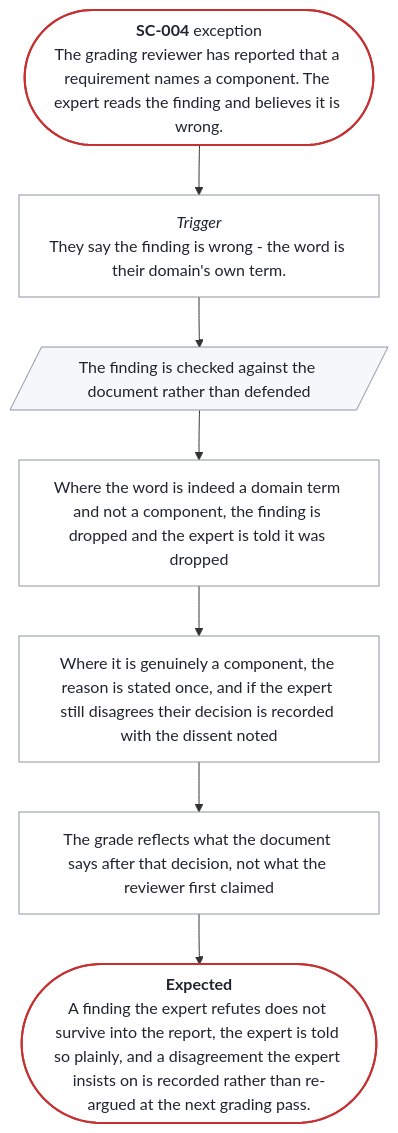
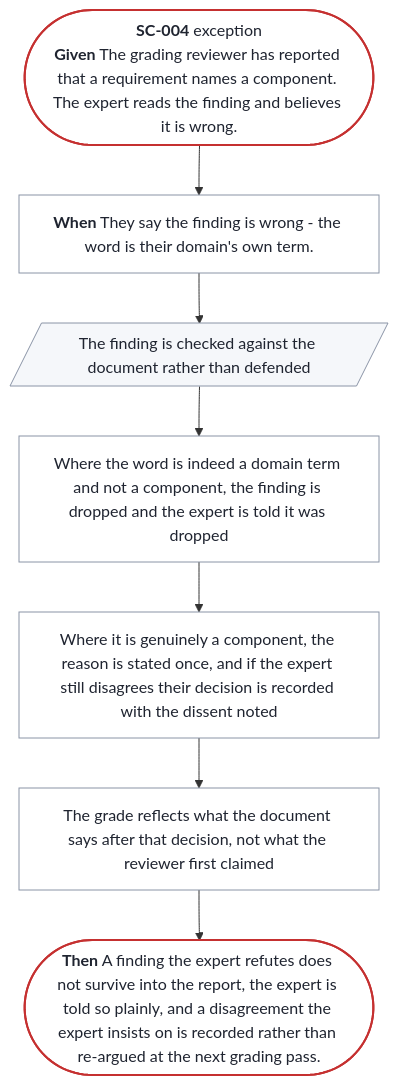
One commit to SpillwaveSolutions/prd-forge changed the diagram in docs/prd/prd-forge/diagrams/SC-004.mmd. Above: the diagram before and after it, drawn with Mermaid. The commit also changed 40 other files, not shown here.

```diff
--- a/docs/prd/prd-forge/diagrams/SC-004.mmd
+++ b/docs/prd/prd-forge/diagrams/SC-004.mmd
@@ -1,20 +1,20 @@
 %% Generated by prd-diagrams.mjs from the scenario front matter. Do not edit.
 %%{init: {"flowchart": {"wrappingWidth": 300}}}%%
 flowchart TB
-  start(["<b>SC-004</b> exception<br/>The grading reviewer has reported that a requirement names a component. The expert reads the finding and believes it is wrong."])
-  trigger["<i>Trigger</i><br/>They say the finding is wrong - the word is their domain's own term."]
+  start(["<b>SC-004</b> exception<br/><b>Given</b> The grading reviewer has reported that a requirement names a component. The expert reads the finding and believes it is wrong."])
+  trigger["<b>When</b> They say the finding is wrong - the word is their domain's own term."]
   s0[/"The finding is checked against the document rather than defended"/]
   s1["Where the word is indeed a domain term and not a component, the finding is dropped and the expert is told it was dropped"]
   s2["Where it is genuinely a component, the reason is stated once, and if the expert still disagrees their decision is recorded with the dissent noted"]
   s3["The grade reflects what the document says after that decision, not what the reviewer first claimed"]
-  done(["<b>Expected</b><br/>A finding the expert refutes does not survive into the report, the expert is told so plainly, and a disagreement the expert insists on is recorded rather than re-argued at the next grading pass."])
+  done(["<b>Then</b> A finding the expert refutes does not survive into the report, the expert is told so plainly, and a disagreement the expert insists on is recorded rather than re-argued at the next grading pass."])
   start --> trigger --> s0 --> s1 --> s2 --> s3 --> done
   classDef ends fill:#FFFFFF,stroke:#C53030,stroke-width:2px,color:#1F2430
   classDef sees fill:#F5F7FA,stroke:#8A94A6,color:#1F2430
   classDef does fill:#FFFFFF,stroke:#8A94A6,color:#1F2430
   class start,done ends
   class s0 sees
   class s1 does
   class s2 does
   class s3 does
   class trigger does
```
